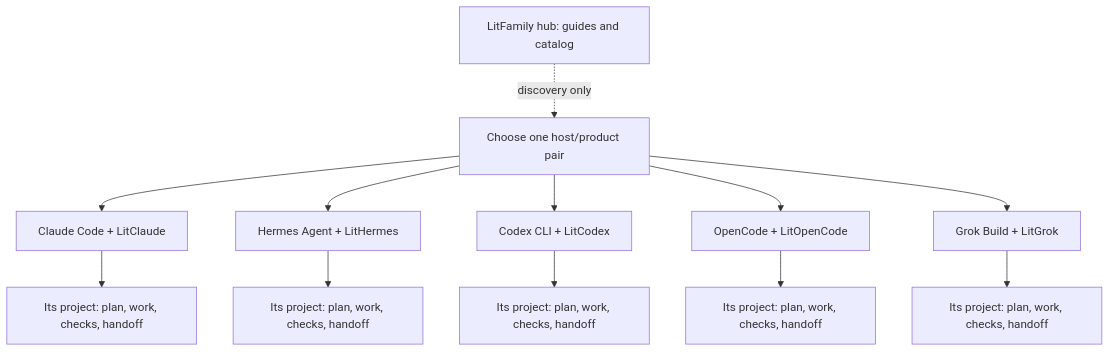
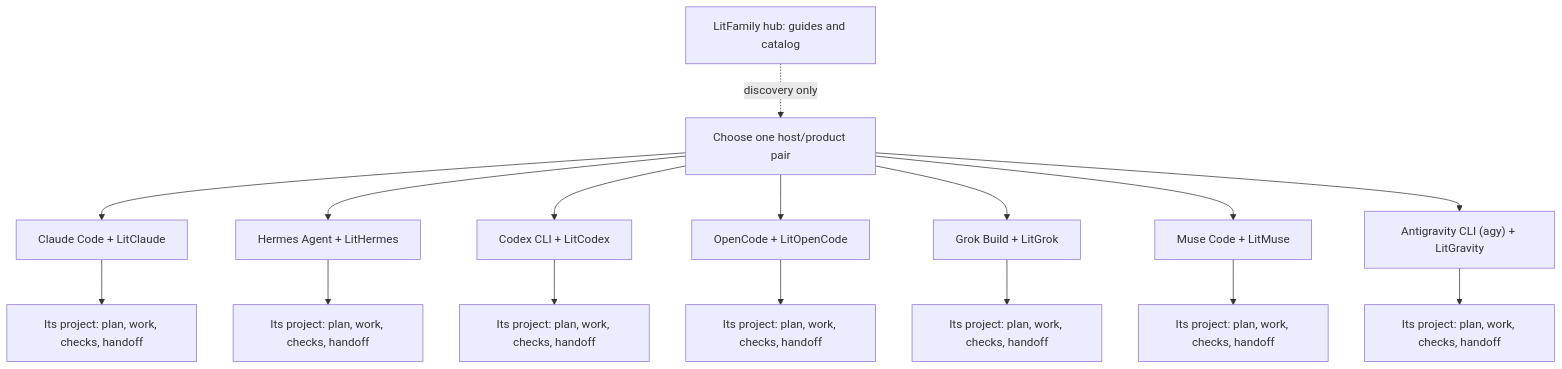
One commit to wjgoarxiv/litfamily changed the diagram in README.md. Above: the diagram before and after it, drawn with Mermaid. The commit also changed other lines of this file and 47 other files, not shown here.

Commit message:
docs(hub): welcome LitMuse and LitGravity

````diff
--- a/README.md
+++ b/README.md
@@ -162,14 +170,18 @@
 ```mermaid
 flowchart TB
     Hub["LitFamily hub: guides and catalog"] -. "discovery only" .-> User["Choose one host/product pair"]
     User --> C["Claude Code + LitClaude"]
     User --> H["Hermes Agent + LitHermes"]
     User --> X["Codex CLI + LitCodex"]
     User --> O["OpenCode + LitOpenCode"]
     User --> G["Grok Build + LitGrok"]
+    User --> M["Muse Code + LitMuse"]
+    User --> A["Antigravity CLI (agy) + LitGravity"]
     C --> CP["Its project: plan, work, checks, handoff"]
     H --> HP["Its project: plan, work, checks, handoff"]
     X --> XP["Its project: plan, work, checks, handoff"]
     O --> OP["Its project: plan, work, checks, handoff"]
     G --> GP["Its project: plan, work, checks, handoff"]
+    M --> MP["Its project: plan, work, checks, handoff"]
+    A --> AP["Its project: plan, work, checks, handoff"]
 ```
````
